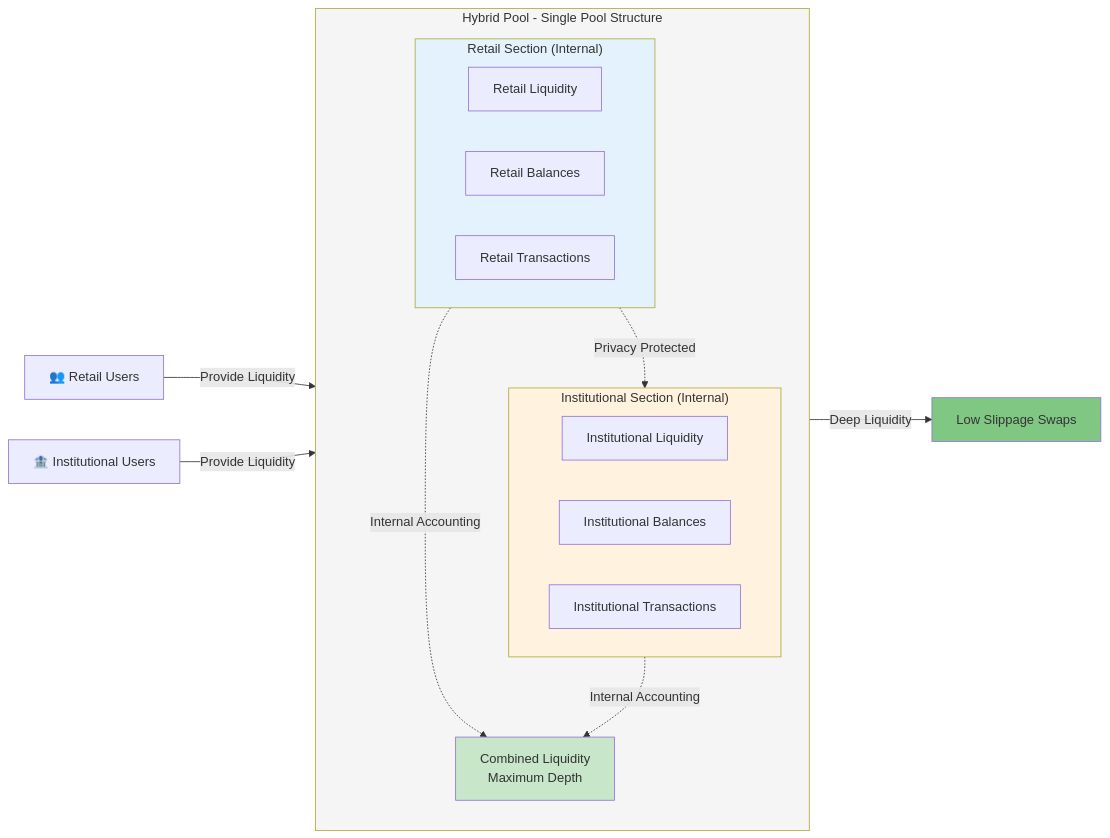
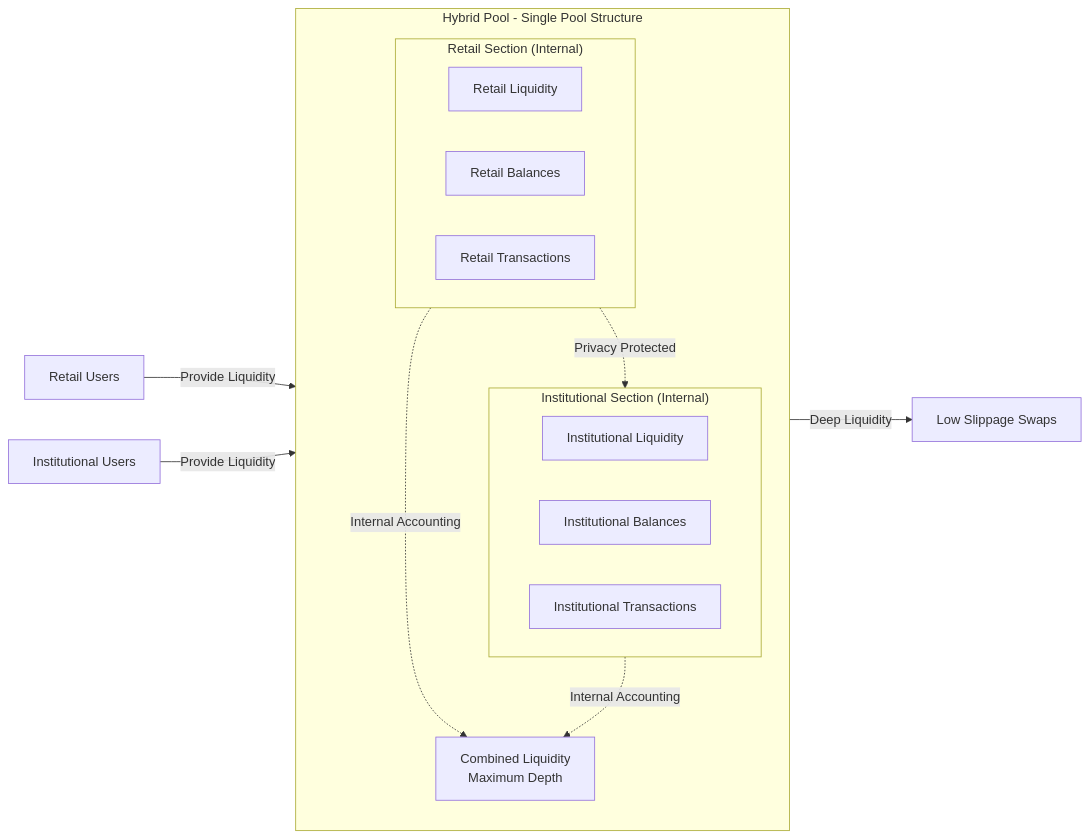
The first of 2 diagrams in gurudex/02_hybrid_pools.md (fbtopg/gurufin-docs), drawn with Mermaid before and after one commit. The commit also changed other lines of this file and 18 other files, not shown here.

````diff
--- a/gurudex/02_hybrid_pools.md
+++ b/gurudex/02_hybrid_pools.md
@@ -84,36 +84,30 @@
 ```mermaid
 graph LR
     subgraph HybridPool["Hybrid Pool - Single Pool Structure"]
         direction TB
         
         subgraph RetailSection["Retail Section (Internal)"]
             R1[Retail Liquidity]
             R2[Retail Balances]
             R3[Retail Transactions]
         end
         
         subgraph InstSection["Institutional Section (Internal)"]
             I1[Institutional Liquidity]
             I2[Institutional Balances]
             I3[Institutional Transactions]
         end
         
         SharedLiquidity[Combined Liquidity<br/>Maximum Depth]
     end
     
-    RetailUsers[👥 Retail Users] -->|Provide Liquidity| RetailSection
-    InstUsers[🏦 Institutional Users] -->|Provide Liquidity| InstSection
+    RetailUsers[Retail Users] -->|Provide Liquidity| RetailSection
+    InstUsers[Institutional Users] -->|Provide Liquidity| InstSection
     
     RetailSection -.Internal Accounting.-> SharedLiquidity
     InstSection -.Internal Accounting.-> SharedLiquidity
     
     SharedLiquidity -->|Deep Liquidity| Swaps[Low Slippage Swaps]
     
     RetailSection -.Privacy Protected.-> InstSection
-    
-    style HybridPool fill:#f5f5f5
-    style RetailSection fill:#e3f2fd
-    style InstSection fill:#fff3e0
-    style SharedLiquidity fill:#c8e6c9
-    style Swaps fill:#81c784
 ```
````
